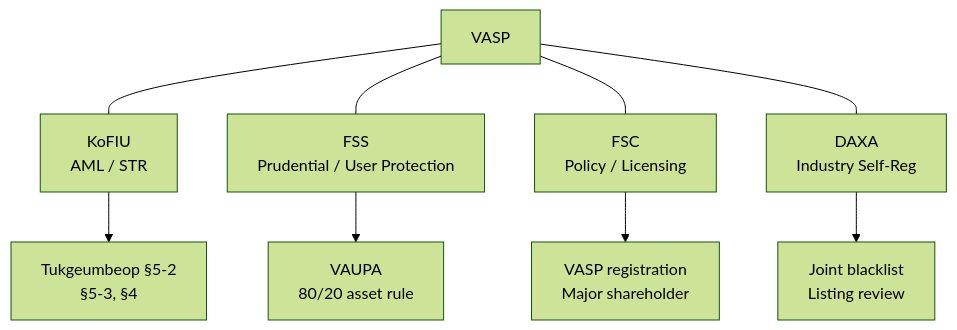
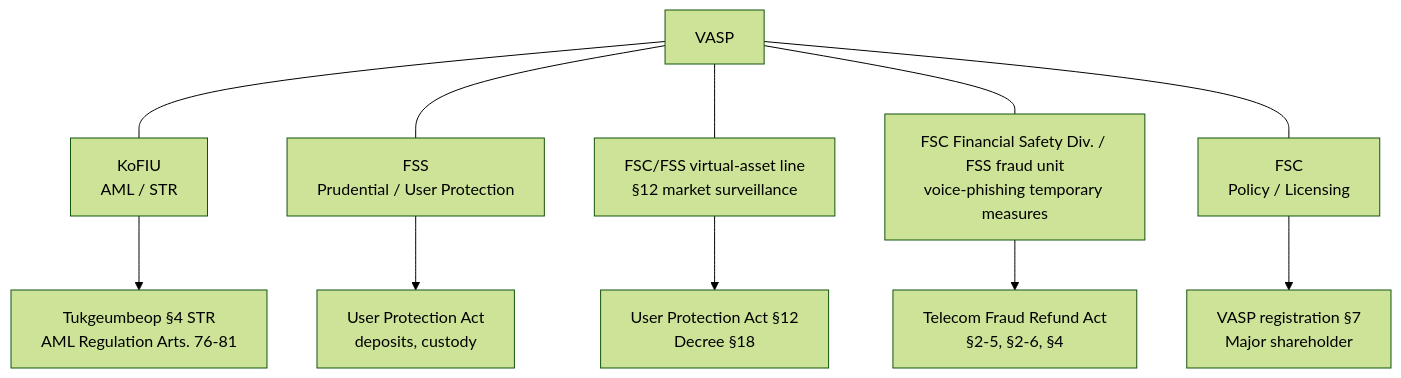
One commit to lala-david/aml-notes changed the first of 4 diagrams in en/inspection-response-full.md. Above: the diagram before and after it, drawn with Mermaid (forest theme). The commit also changed other lines of this file and 233 other files, not shown here.

````diff
--- a/en/inspection-response-full.md
+++ b/en/inspection-response-full.md
@@ -26,18 +29,21 @@
 ```mermaid
 flowchart TB
     V["VASP"]
     FIU["KoFIU<br/>AML / STR"]
     FSS["FSS<br/>Prudential / User Protection"]
+    MS["FSC/FSS virtual-asset line<br/>§12 market surveillance"]
+    TS["FSC Financial Safety Div. / FSS fraud unit<br/>voice-phishing temporary measures"]
     FSC["FSC<br/>Policy / Licensing"]
-    DAXA["DAXA<br/>Industry Self-Reg"]
 
     V --- FIU
     V --- FSS
+    V --- MS
+    V --- TS
     V --- FSC
-    V --- DAXA
 
-    FIU --> R1["Tukgeumbeop §5-2<br/>§5-3, §4"]
-    FSS --> R2["VAUPA<br/>80/20 asset rule"]
-    FSC --> R3["VASP registration<br/>Major shareholder"]
-    DAXA --> R4["Joint blacklist<br/>Listing review"]
+    FIU --> R1["Tukgeumbeop §4 STR<br/>AML Regulation Arts. 76-81"]
+    FSS --> R2["User Protection Act<br/>deposits, custody"]
+    MS --> R5["User Protection Act §12<br/>Decree §18"]
+    TS --> R6["Telecom Fraud Refund Act<br/>§2-5, §2-6, §4"]
+    FSC --> R3["VASP registration §7<br/>Major shareholder"]
 ```
````
